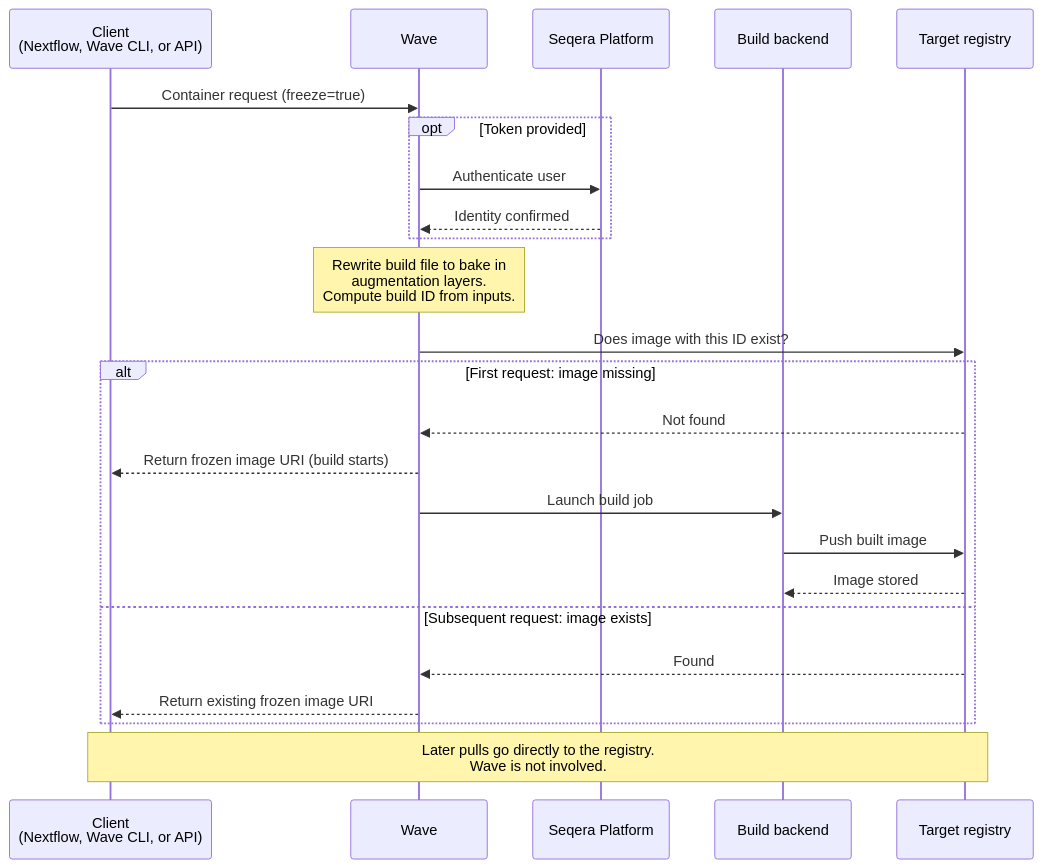
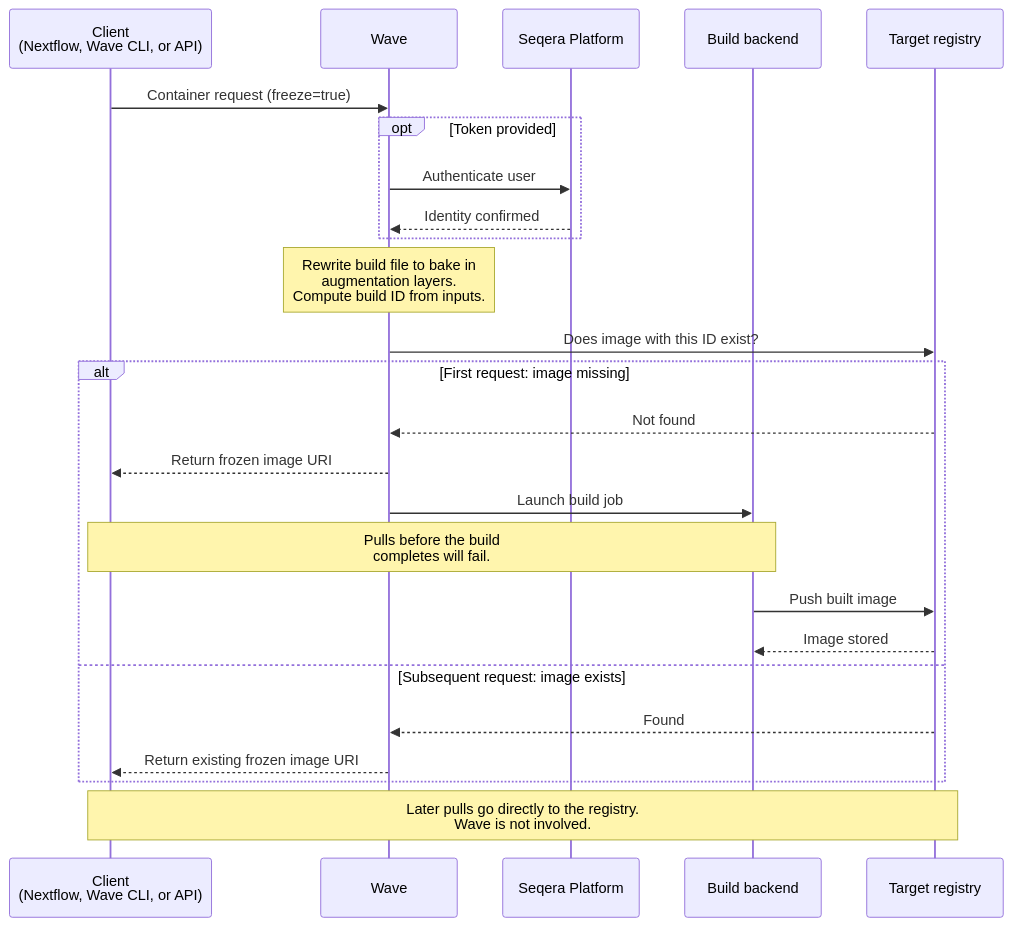
The diagram in docs/features/container-freezes.mdx (seqeralabs/wave), drawn with Mermaid before and after one commit. The commit also changed other lines of this file and 9 other files, not shown here.

````diff
--- a/docs/features/container-freezes.mdx
+++ b/docs/features/container-freezes.mdx
@@ -44,29 +44,30 @@
 ```mermaid
 sequenceDiagram
     participant Client as Client<br/>(Nextflow, Wave CLI, or API)
     participant Wave
     participant Platform as Seqera Platform
     participant Builder as Build backend
     participant Registry as Target registry
 
     Client->>Wave: Container request (freeze=true)
     opt Token provided
         Wave->>Platform: Authenticate user
         Platform-->>Wave: Identity confirmed
     end
     Note over Wave: Rewrite build file to bake in<br/>augmentation layers.<br/>Compute build ID from inputs.
     Wave->>Registry: Does image with this ID exist?
 
     alt First request: image missing
         Registry-->>Wave: Not found
-        Wave-->>Client: Return frozen image URI (build starts)
+        Wave-->>Client: Return frozen image URI
         Wave->>Builder: Launch build job
+        Note over Client,Builder: Pulls before the build<br/>completes will fail.
         Builder->>Registry: Push built image
         Registry-->>Builder: Image stored
     else Subsequent request: image exists
         Registry-->>Wave: Found
         Wave-->>Client: Return existing frozen image URI
     end
 
     Note over Client,Registry: Later pulls go directly to the registry.<br/>Wave is not involved.
 ```
````
